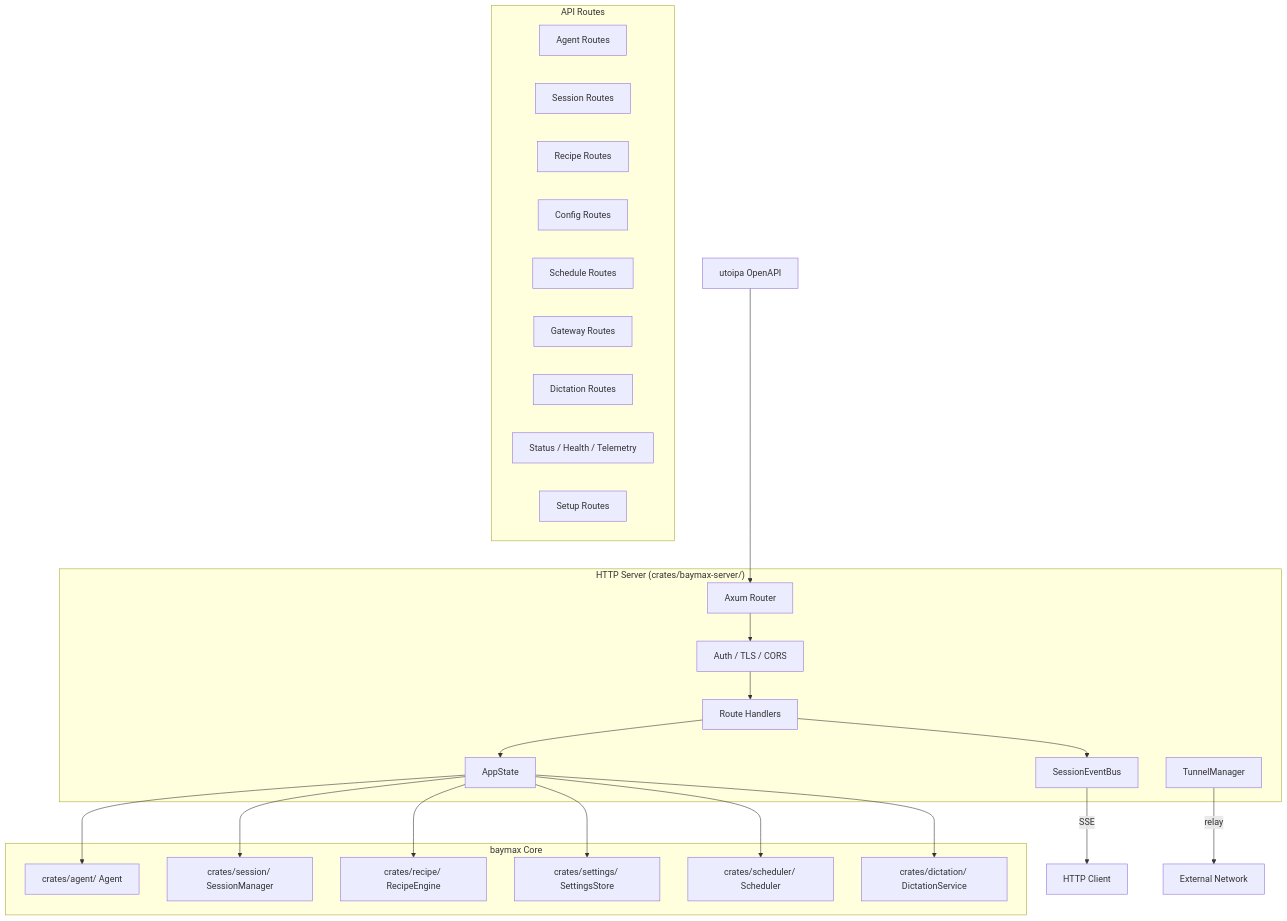
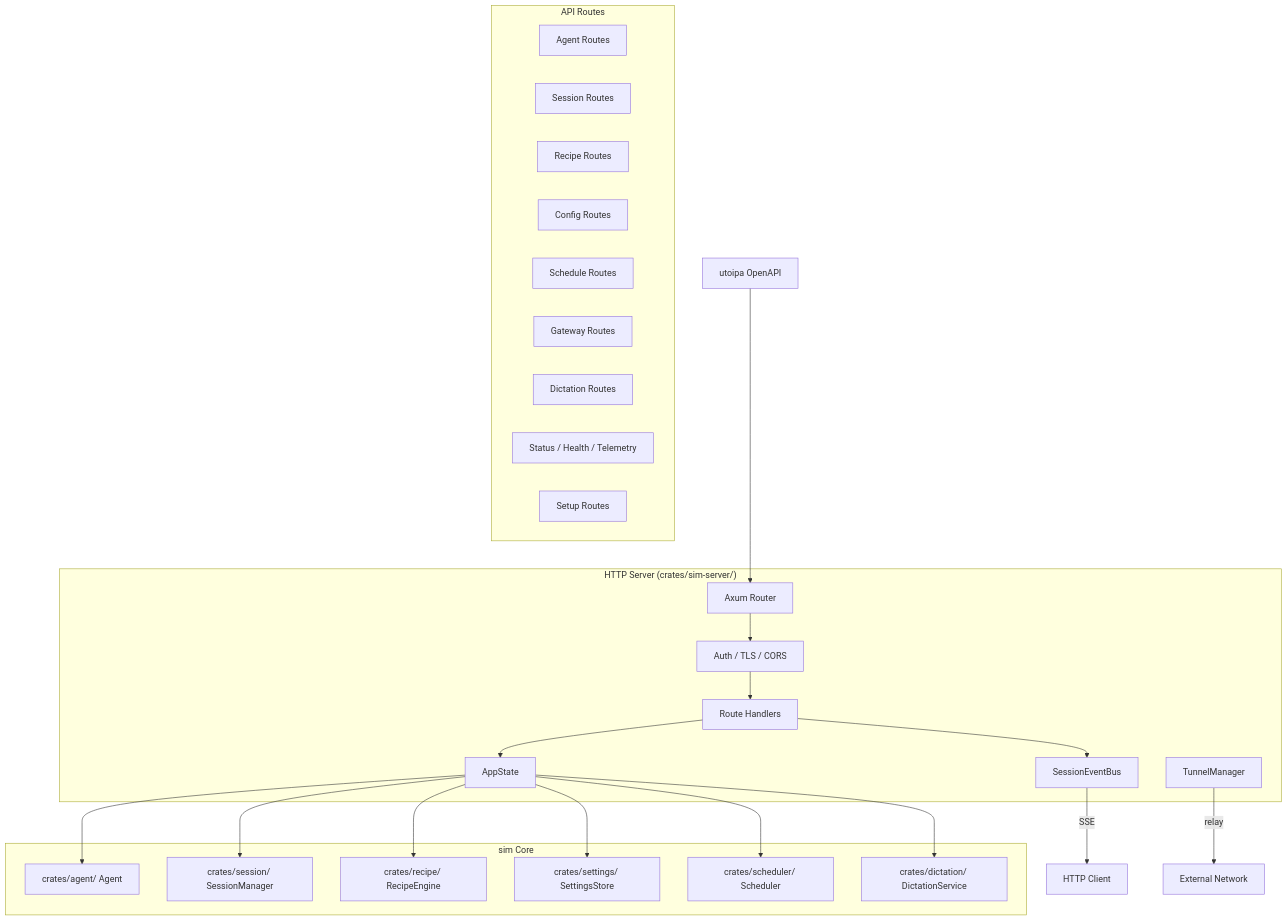
Before and after one commit to imagineerings/xor: the diagram in .agents/specs/goose-migration/rest-api-server/design.md, drawn with Mermaid. The commit also changed other lines of this file and 1952 other files, not shown here.

Commit message:
chore: rename from baymax to sim (#61)

````diff
--- a/.agents/specs/goose-migration/rest-api-server/design.md
+++ b/.agents/specs/goose-migration/rest-api-server/design.md
@@ -18,46 +18,46 @@
 ```mermaid
 graph TD
-    subgraph "HTTP Server (crates/baymax-server/)"
+    subgraph "HTTP Server (crates/sim-server/)"
         Router[Axum Router]
         Middleware[Auth / TLS / CORS]
         Routes[Route Handlers]
         State[AppState]
         EventBus[SessionEventBus]
         Tunnel[TunnelManager]
     end
 
     subgraph "API Routes"
         AgentR[Agent Routes]
         SessionR[Session Routes]
         RecipeR[Recipe Routes]
         ConfigR[Config Routes]
         ScheduleR[Schedule Routes]
         GatewayR[Gateway Routes]
         DictationR[Dictation Routes]
         SystemR[Status / Health / Telemetry]
         SetupR[Setup Routes]
     end
 
-    subgraph "baymax Core"
+    subgraph "sim Core"
         Agent[crates/agent/ Agent]
         Sessions[crates/session/ SessionManager]
         Recipes[crates/recipe/ RecipeEngine]
         Config[crates/settings/ SettingsStore]
         Scheduler[crates/scheduler/ Scheduler]
         Dictation[crates/dictation/ DictationService]
     end
 
     Router --> Middleware
     Middleware --> Routes
     Routes --> State
     State --> Agent
     State --> Sessions
     State --> Recipes
     State --> Config
     State --> Scheduler
     State --> Dictation
     Routes --> EventBus
     EventBus -->|SSE| Client[HTTP Client]
     Tunnel -->|relay| External[External Network]
     OpenAPI[utoipa OpenAPI] --> Router
 ```
````
